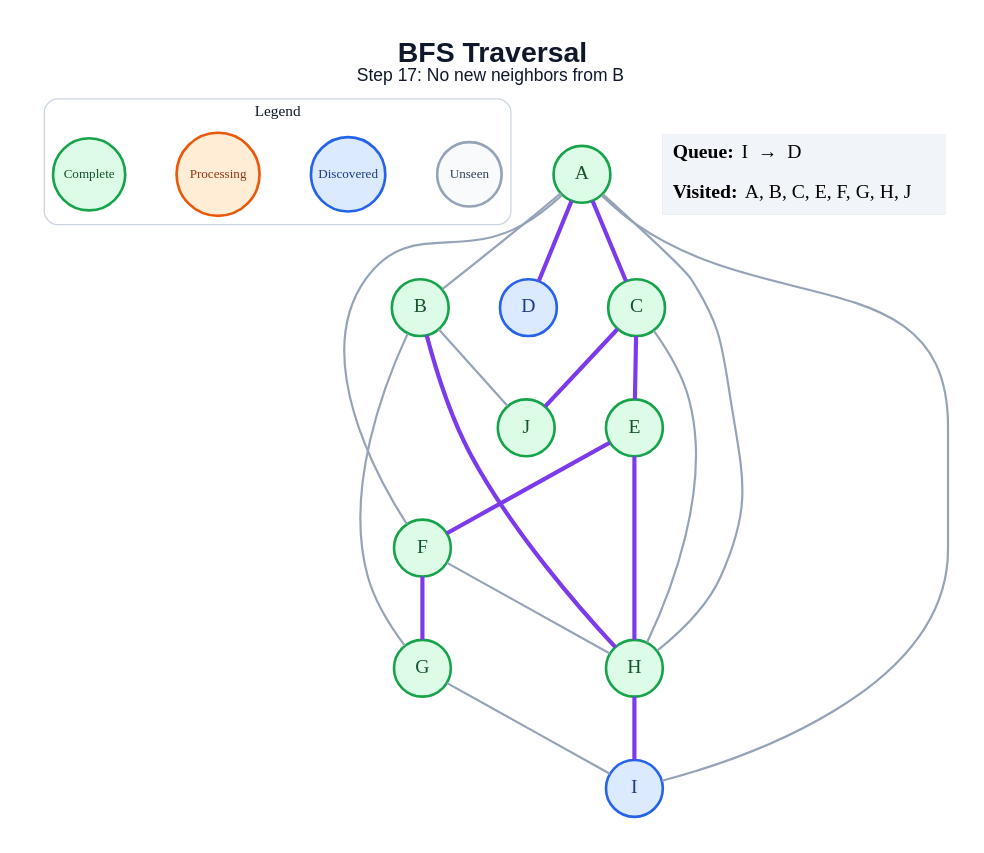
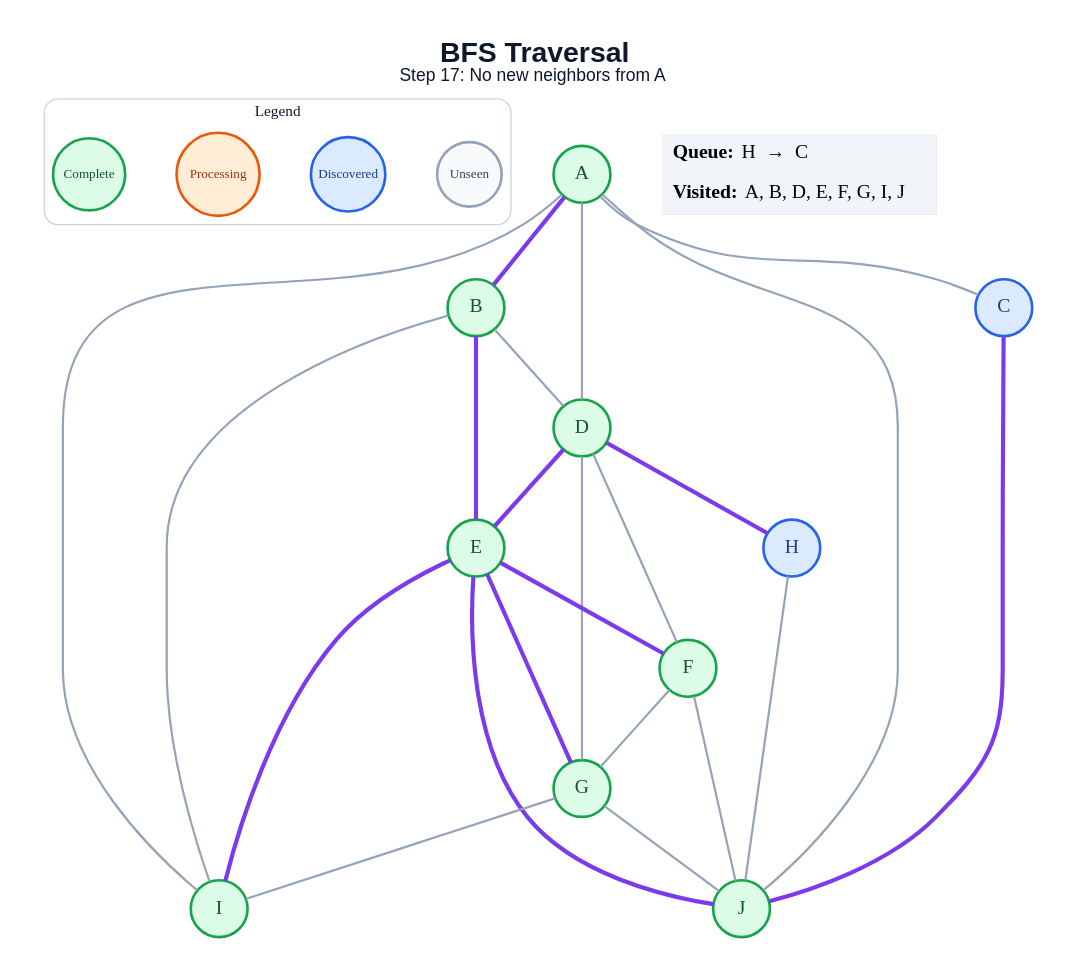
Before and after one commit to amanghodawala9/ai-slop: the diagram in generated/specific-node/bfs/step_17.dot, drawn with Graphviz. The commit also changed 178 other files, not shown here.

```diff
--- a/generated/specific-node/bfs/step_17.dot
+++ b/generated/specific-node/bfs/step_17.dot
@@ -1,47 +1,51 @@
 graph traversal {
   graph [layout=dot, rankdir=TB, bgcolor="#FFFFFF", pad="0.35", nodesep="0.65", ranksep="0.8", fontname="Arial"];
   node [shape=circle, style="filled", fontname="Arial Bold", fontsize=18, width=0.72, fixedsize=true, penwidth=2.4];
   edge [color="#94A3B8", penwidth=2.0];
-  label=<<B>BFS Traversal</B><BR/><FONT POINT-SIZE="16">Step 17: No new neighbors from B</FONT>>; labelloc="t"; fontsize=26; fontname="Arial"; fontcolor="#0F172A";
+  label=<<B>BFS Traversal</B><BR/><FONT POINT-SIZE="16">Step 17: No new neighbors from A</FONT>>; labelloc="t"; fontsize=26; fontname="Arial"; fontcolor="#0F172A";
   subgraph cluster_legend { label="Legend"; color="#CBD5E1"; penwidth=1.2; style="rounded"; fontsize=14; fontname="Arial Bold";
     key_unseen [label="Unseen", fillcolor="#F8FAFC", color="#94A3B8", fontcolor="#334155", fontsize=12, width=0.82];
     key_frontier [label="Discovered", fillcolor="#DBEAFE", color="#2563EB", fontcolor="#1E3A8A", fontsize=12, width=0.95];
     key_current [label="Processing", fillcolor="#FFEDD5", color="#EA580C", fontcolor="#9A3412", fontsize=12, width=1.05];
     key_done [label="Complete", fillcolor="#DCFCE7", color="#16A34A", fontcolor="#14532D", fontsize=12, width=0.92];
     { rank=same; key_unseen; key_frontier; key_current; key_done; }
   }
   A [fillcolor="#DCFCE7", color="#16A34A", fontcolor="#14532D"];
   B [fillcolor="#DCFCE7", color="#16A34A", fontcolor="#14532D"];
-  C [fillcolor="#DCFCE7", color="#16A34A", fontcolor="#14532D"];
-  D [fillcolor="#DBEAFE", color="#2563EB", fontcolor="#1E3A8A"];
+  C [fillcolor="#DBEAFE", color="#2563EB", fontcolor="#1E3A8A"];
+  D [fillcolor="#DCFCE7", color="#16A34A", fontcolor="#14532D"];
   E [fillcolor="#DCFCE7", color="#16A34A", fontcolor="#14532D"];
   F [fillcolor="#DCFCE7", color="#16A34A", fontcolor="#14532D"];
   G [fillcolor="#DCFCE7", color="#16A34A", fontcolor="#14532D"];
-  H [fillcolor="#DCFCE7", color="#16A34A", fontcolor="#14532D"];
-  I [fillcolor="#DBEAFE", color="#2563EB", fontcolor="#1E3A8A"];
+  H [fillcolor="#DBEAFE", color="#2563EB", fontcolor="#1E3A8A"];
+  I [fillcolor="#DCFCE7", color="#16A34A", fontcolor="#14532D"];
   J [fillcolor="#DCFCE7", color="#16A34A", fontcolor="#14532D"];
-  A -- B;
-  A -- C [color="#7C3AED", penwidth=3.8];
-  A -- D [color="#7C3AED", penwidth=3.8];
-  A -- F;
-  A -- H;
+  A -- B [color="#7C3AED", penwidth=3.8];
+  A -- C;
+  A -- D;
   A -- I;
-  B -- G;
-  B -- H [color="#7C3AED", penwidth=3.8];
-  B -- J;
-  C -- E [color="#7C3AED", penwidth=3.8];
-  C -- H;
+  A -- J;
+  B -- D;
+  B -- E [color="#7C3AED", penwidth=3.8];
+  B -- I;
   C -- J [color="#7C3AED", penwidth=3.8];
+  D -- E [color="#7C3AED", penwidth=3.8];
+  D -- F;
+  D -- G;
+  D -- H [color="#7C3AED", penwidth=3.8];
   E -- F [color="#7C3AED", penwidth=3.8];
-  E -- H [color="#7C3AED", penwidth=3.8];
-  F -- G [color="#7C3AED", penwidth=3.8];
-  F -- H;
+  E -- G [color="#7C3AED", penwidth=3.8];
+  E -- I [color="#7C3AED", penwidth=3.8];
+  E -- J [color="#7C3AED", penwidth=3.8];
+  F -- G;
+  F -- J;
   G -- I;
-  H -- I [color="#7C3AED", penwidth=3.8];
+  G -- J;
+  H -- J;
   status [shape=plain, fixedsize=false, width=0, height=0, margin=0, label=<
     <TABLE BORDER="0" CELLBORDER="0" CELLPADDING="7" BGCOLOR="#F1F5F9">
-      <TR><TD ALIGN="LEFT"><B>Queue:</B> I  →  D</TD></TR>
-      <TR><TD ALIGN="LEFT"><B>Visited:</B> A, B, C, E, F, G, H, J</TD></TR>
+      <TR><TD ALIGN="LEFT"><B>Queue:</B> H  →  C</TD></TR>
+      <TR><TD ALIGN="LEFT"><B>Visited:</B> A, B, D, E, F, G, I, J</TD></TR>
     </TABLE>
   >];
 }
```
